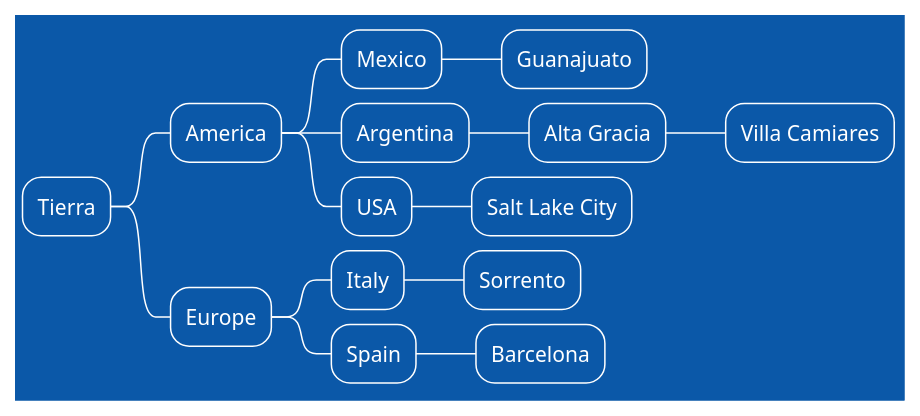
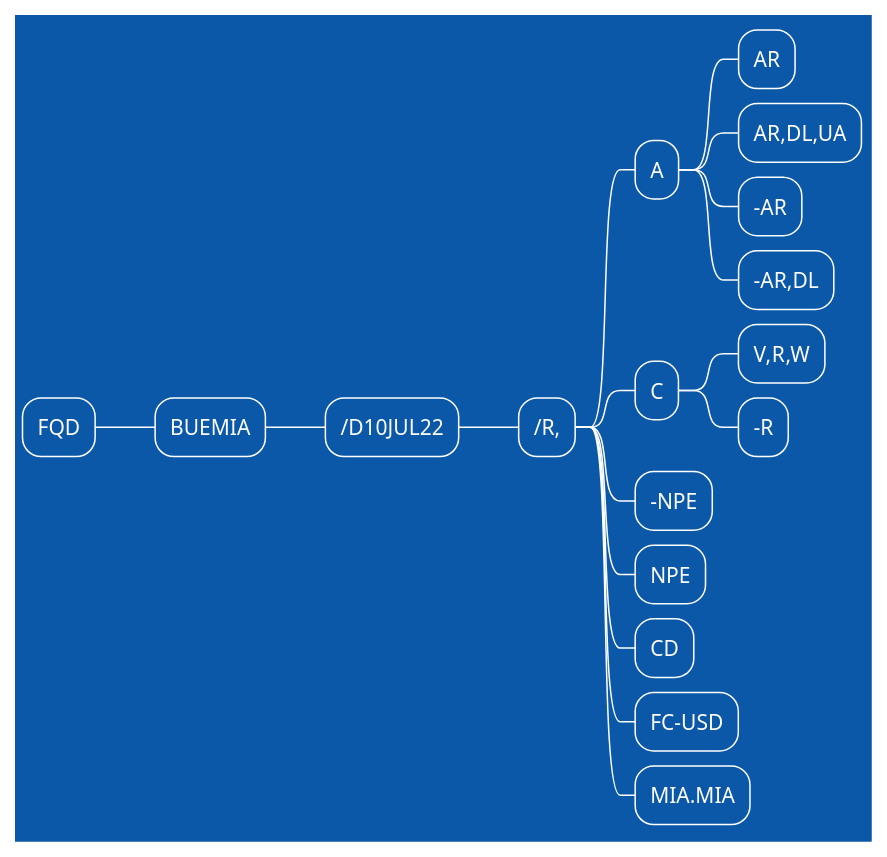
The first of 4 diagrams in Ejemplos_markdown_1.md (MarcoCenturion/Linux), drawn with PlantUML before and after one commit. The commit also changed other lines of this file and 4 other files, not shown here.

````diff
--- a/Ejemplos_markdown_1.md
+++ b/Ejemplos_markdown_1.md
@@ -5,21 +5,22 @@
 ```plantuml
-
 @startmindmap
 !theme amiga
- * Tierra
-  * America
-   * Mexico
-    * Guanajuato
-   * Argentina
-    * Alta Gracia
-     * Villa Camiares
-   * USA 
-    * Salt Lake City
-  * Europe
-   * Italy
-    * Sorrento
-   * Spain 
-    * Barcelona
+ * FQD
+  * BUEMIA
+   * /D10JUL22
+    * /R,
+     * A 
+      * AR
+      * AR,DL,UA
+      * -AR
+      * -AR,DL
+     * C
+      * V,R,W
+      * -R
+     * -NPE
+     * NPE
+     * CD
+     * FC-USD
+     * MIA.MIA
 @endmindmap
-
 ```
````
